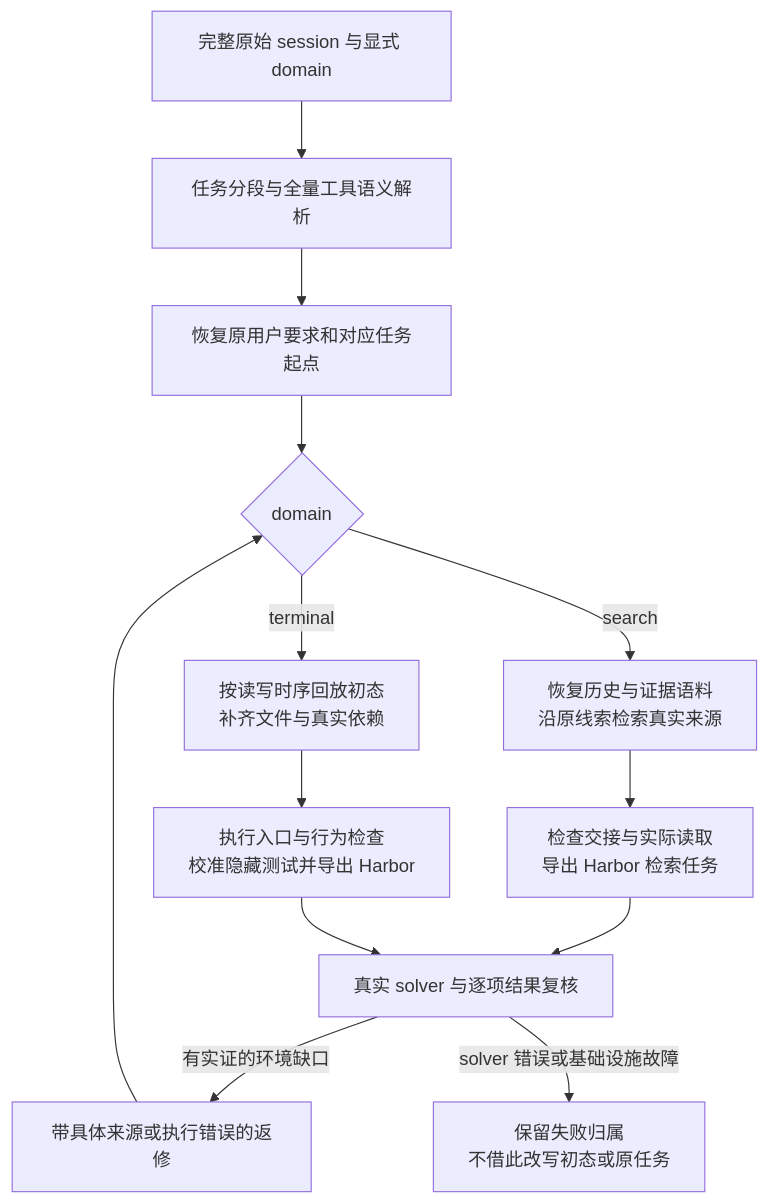
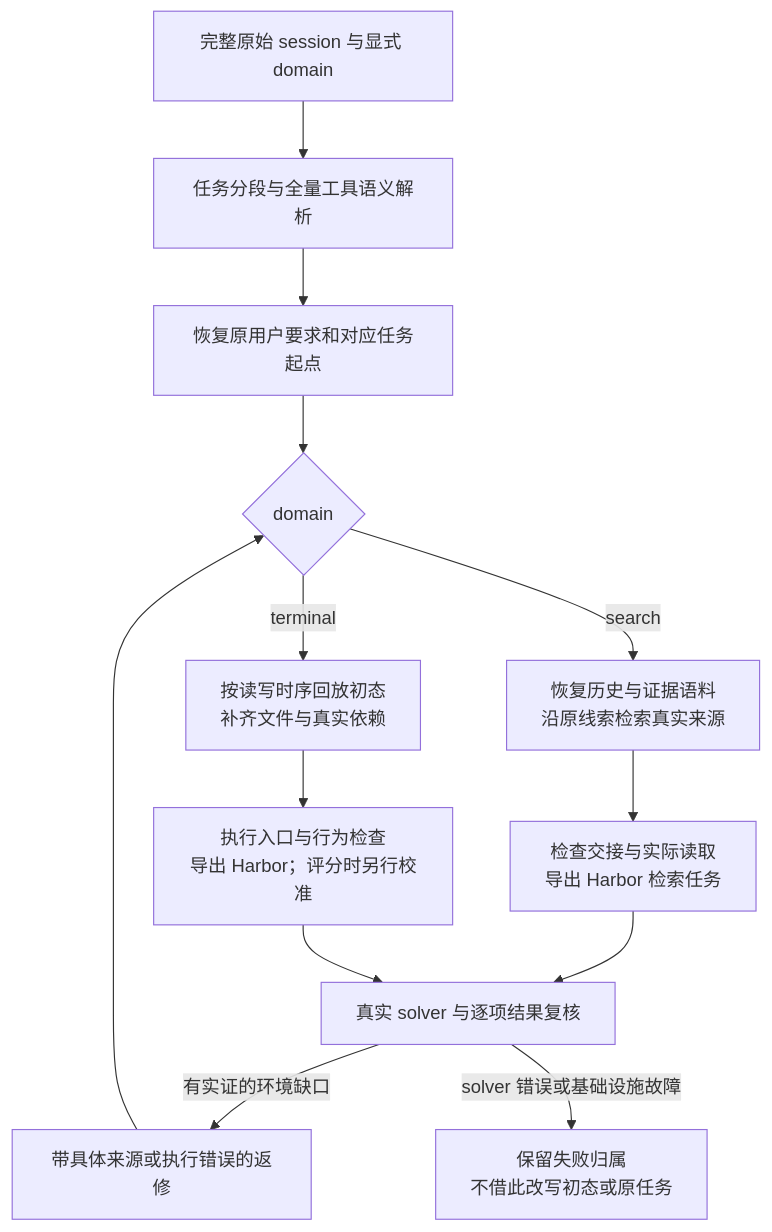
The diagram in docs/rebuild-live-map.md (botwu/Reconstruction), drawn with Mermaid before and after one commit. The commit also changed other lines of this file and 2 other files, not shown here.

````diff
--- a/docs/rebuild-live-map.md
+++ b/docs/rebuild-live-map.md
@@ -9,15 +9,15 @@
 ```mermaid
 flowchart TD
   A[完整原始 session 与显式 domain] --> B[任务分段与全量工具语义解析]
   B --> C[恢复原用户要求和对应任务起点]
   C --> D{domain}
   D -->|search| E[恢复历史与证据语料\n沿原线索检索真实来源]
   D -->|terminal| F[按读写时序回放初态\n补齐文件与真实依赖]
   E --> G[检查交接与实际读取\n导出 Harbor 检索任务]
-  F --> H[执行入口与行为检查\n校准隐藏测试并导出 Harbor]
+  F --> H[执行入口与行为检查\n导出 Harbor；评分时另行校准]
   G --> I[真实 solver 与逐项结果复核]
   H --> I
   I -->|有实证的环境缺口| J[带具体来源或执行错误的返修]
   J --> D
   I -->|solver 错误或基础设施故障| K[保留失败归属\n不借此改写初态或原任务]
 ```
````
